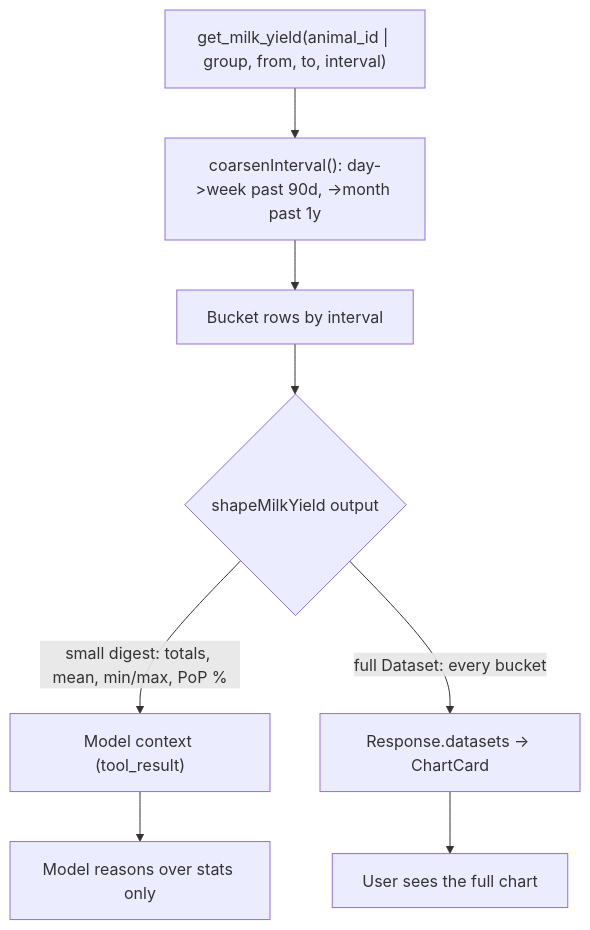
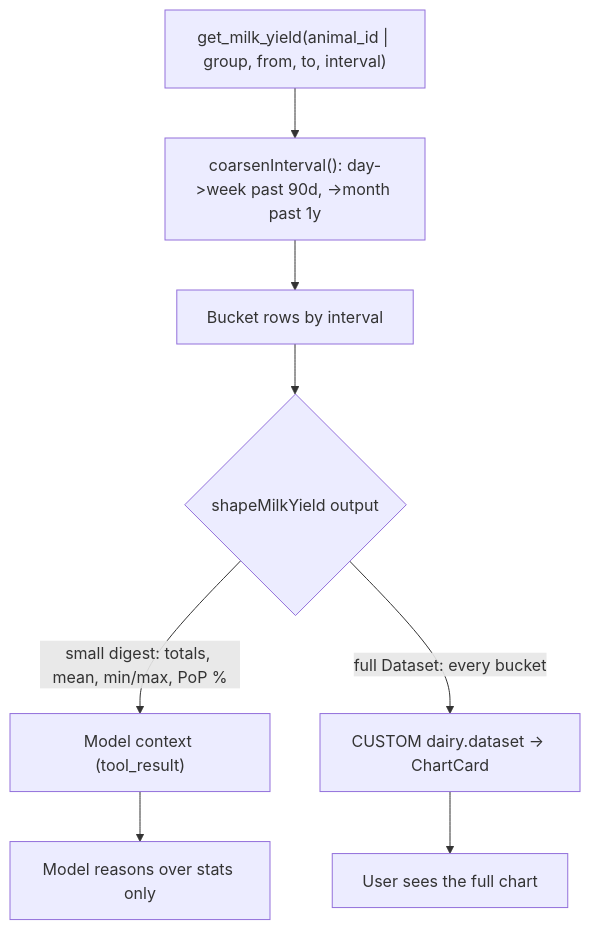
Before and after one commit to i-adnanali/dairy-agent: the fifth of 7 diagrams in docs/PROJECT_OVERVIEW.md, drawn with Mermaid. The commit also changed other lines of this file and 3 other files, not shown here.

First line of the commit message:
docs: fix architecture drift; remove stray artifacts

````diff
--- a/docs/PROJECT_OVERVIEW.md
+++ b/docs/PROJECT_OVERVIEW.md
@@ -214,10 +223,10 @@
 ```mermaid
 flowchart TD
     Q["get_milk_yield(animal_id | group, from, to, interval)"] --> Coarsen["coarsenInterval(): day->week past 90d, ->month past 1y"]
     Coarsen --> Bucket["Bucket rows by interval"]
     Bucket --> Split{"shapeMilkYield output"}
     Split -->|"small digest: totals, mean, min/max, PoP %"| Model["Model context (tool_result)"]
-    Split -->|"full Dataset: every bucket"| Client["Response.datasets -> ChartCard"]
+    Split -->|"full Dataset: every bucket"| Client["CUSTOM dairy.dataset -> ChartCard"]
     Model --> Reason["Model reasons over stats only"]
     Client --> Chart["User sees the full chart"]
 ```
````
